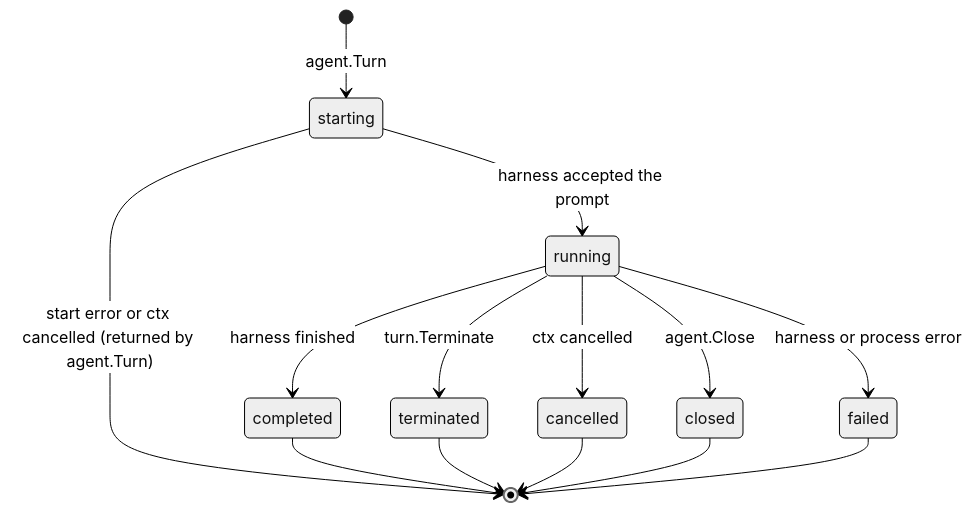
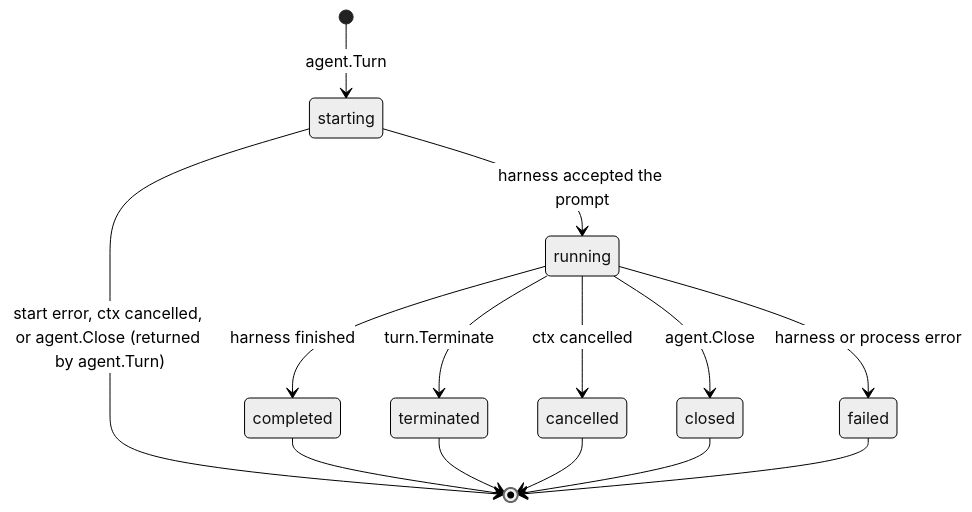
The diagram in design/001-core-api.md (wenfengwang/cloud-agent-sdk), drawn with Mermaid (neutral theme) before and after one commit. The commit also changed other lines of this file and 7 other files, not shown here.

First line of the commit message:
fix(agent): cancel a starting turn on Close

````diff
--- a/design/001-core-api.md
+++ b/design/001-core-api.md
@@ -40,16 +40,16 @@
 ```mermaid
 stateDiagram-v2
     [*] --> starting: agent.Turn
-    starting --> [*]: start error or ctx cancelled (returned by agent.Turn)
+    starting --> [*]: start error, ctx cancelled, or agent.Close (returned by agent.Turn)
     starting --> running: harness accepted the prompt
     running --> completed: harness finished
     running --> terminated: turn.Terminate
     running --> cancelled: ctx cancelled
     running --> closed: agent.Close
     running --> failed: harness or process error
     completed --> [*]
     terminated --> [*]
     cancelled --> [*]
     closed --> [*]
     failed --> [*]
 ```
````
